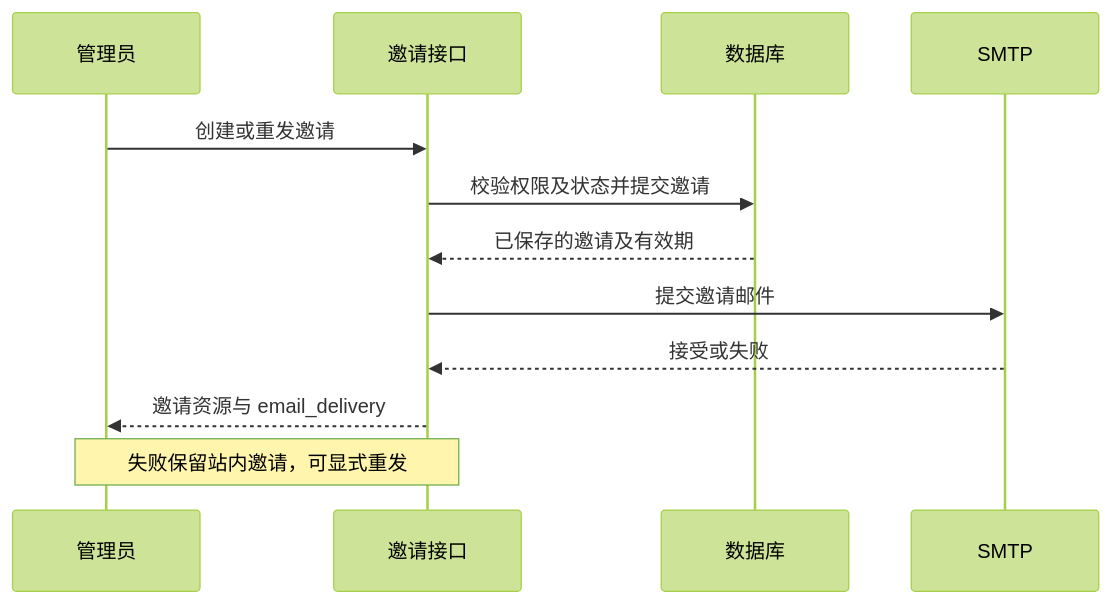
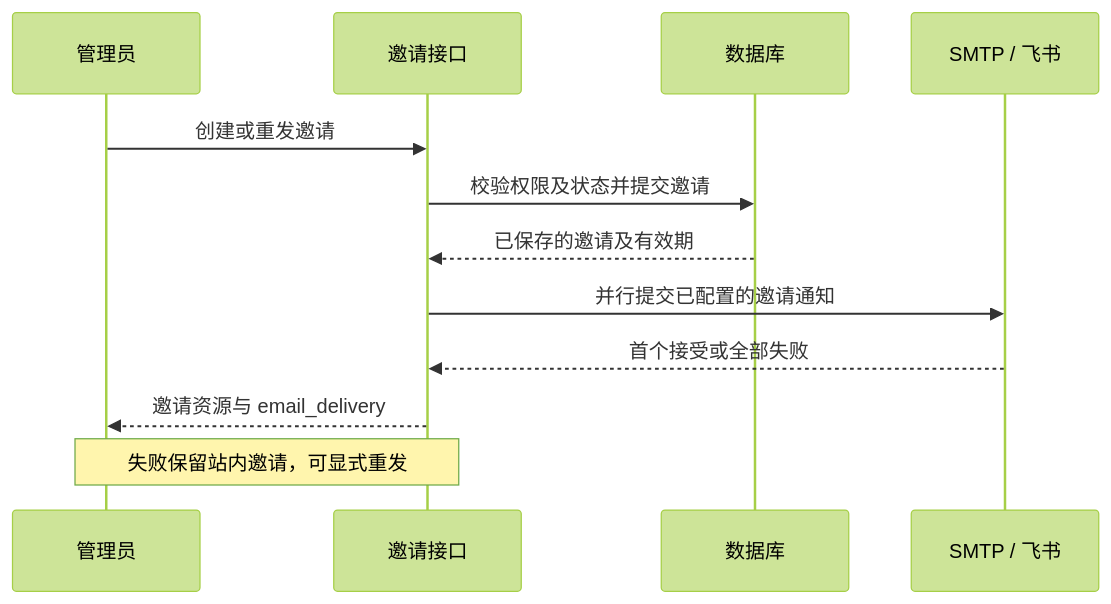
One commit to superduck-ai/open-managed-agents changed the diagram in docs/design/organization-invitation-email.md. Above: the diagram before and after it, drawn with Mermaid (forest theme). The commit also changed other lines of this file and 27 other files, not shown here.

````diff
--- a/docs/design/organization-invitation-email.md
+++ b/docs/design/organization-invitation-email.md
@@ -21,14 +21,14 @@
 ```mermaid
 sequenceDiagram
     participant A as 管理员
     participant S as 邀请接口
     participant D as 数据库
-    participant M as SMTP
+    participant M as SMTP / 飞书
     A->>S: 创建或重发邀请
     S->>D: 校验权限及状态并提交邀请
     D-->>S: 已保存的邀请及有效期
-    S->>M: 提交邀请邮件
-    M-->>S: 接受或失败
+    S->>M: 并行提交已配置的邀请通知
+    M-->>S: 首个接受或全部失败
     S-->>A: 邀请资源与 email_delivery
     Note over A,S: 失败保留站内邀请，可显式重发
 ```
````
